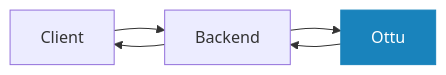
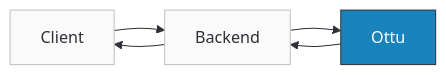
One commit to ottuco/docs changed the second of 2 diagrams in docs/developers/payments/native-payments.md. Above: the diagram before and after it, drawn with Mermaid. The commit also changed other lines of this file and 11 other files, not shown here.

First line of the commit message:
monochrome diagrams, live checkout demo, SDK image sizing, CodeTabs fix

````diff
--- a/docs/developers/payments/native-payments.md
+++ b/docs/developers/payments/native-payments.md
@@ -88,10 +89,11 @@
 ```mermaid
+%%{init: {"theme": "base", "themeVariables": {"background": "#F4F4F4", "primaryColor": "#FAFAFA", "primaryTextColor": "#302F37", "primaryBorderColor": "#BFBFBF", "lineColor": "#302F37", "secondaryColor": "#FAFAFA", "tertiaryColor": "#FAFAFA"}}}%%
 graph LR
     A[Client] --> B[Backend]
     B --> C[Ottu]
     C --> B
     B --> A
 
-    classDef ottu fill:#1983BC,color:#fff,stroke:#1983BC
-    class C ottu
+    classDef accent fill:#1983BC,color:#FFFFFF,stroke:#302F37
+    class C accent
 ```
````
